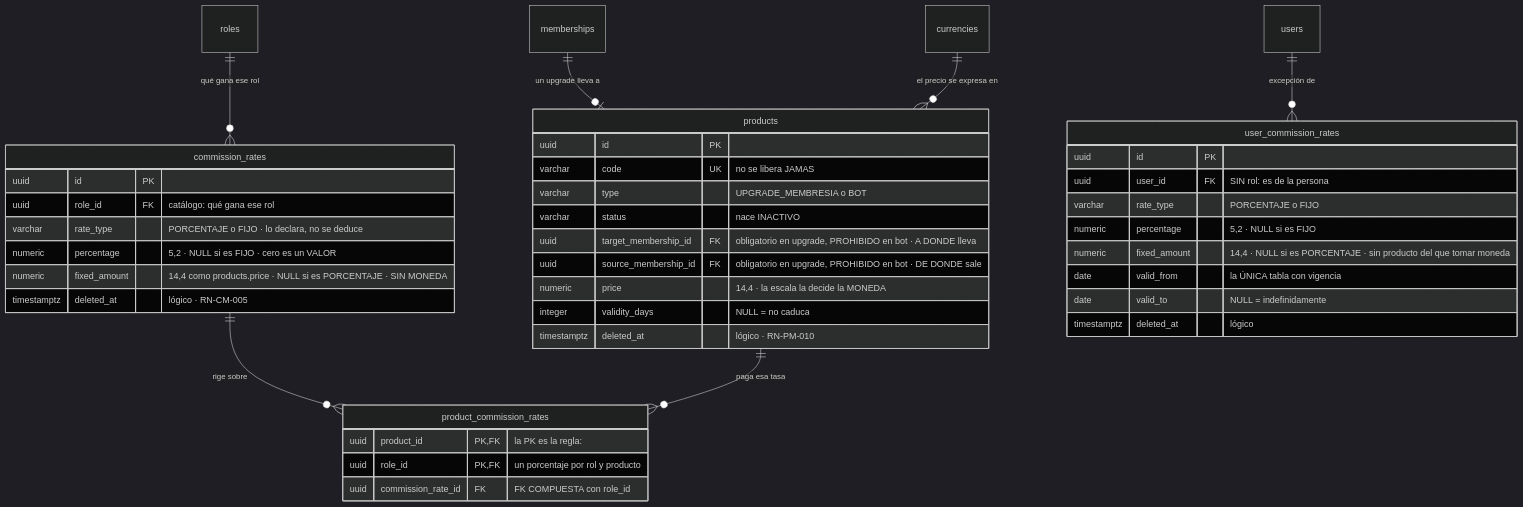
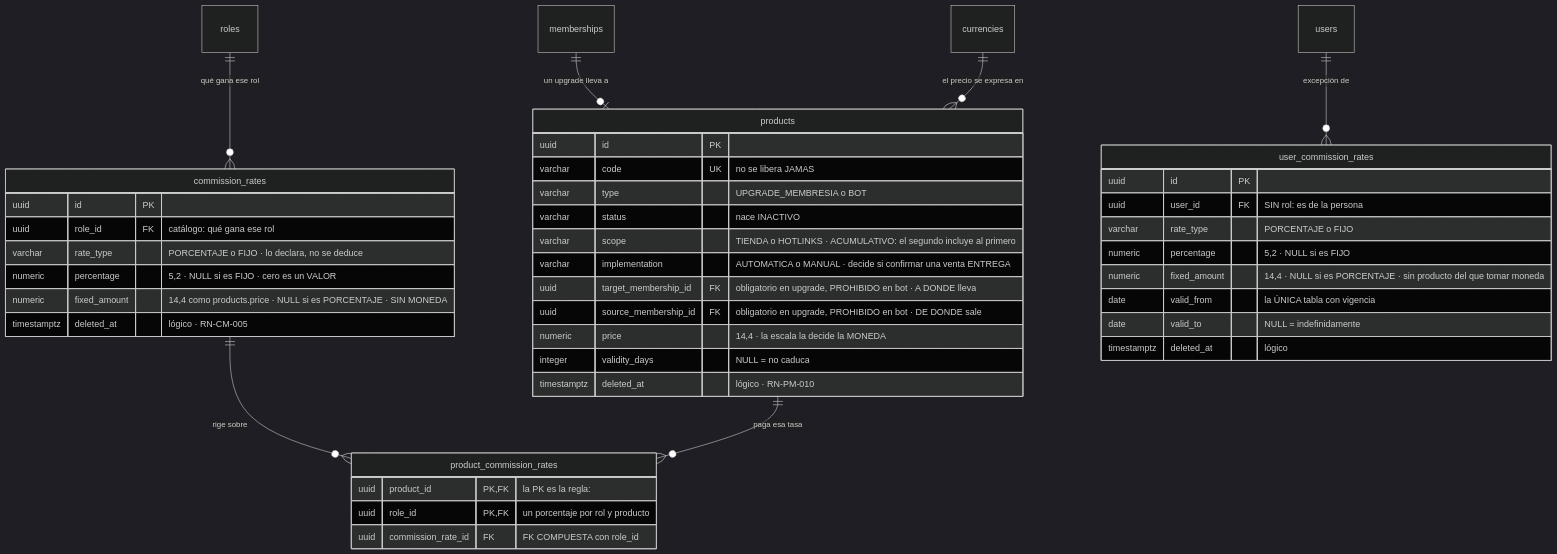
Before and after one commit to NexusPro-Dev/backend: the fourth of 5 diagrams in docs/modelo-datos.md, drawn with Mermaid (dark theme). The commit also changed other lines of this file and 57 other files, not shown here.

````diff
--- a/docs/modelo-datos.md
+++ b/docs/modelo-datos.md
@@ -353,48 +353,50 @@
 ```mermaid
 erDiagram
     memberships ||--o| products : "un upgrade lleva a"
     currencies  ||--o{ products : "el precio se expresa en"
 
     roles    ||--o{ commission_rates : "qué gana ese rol"
     commission_rates ||--o{ product_commission_rates : "rige sobre"
     products ||--o{ product_commission_rates : "paga esa tasa"
     users    ||--o{ user_commission_rates : "excepción de"
 
     products {
         uuid id PK
         varchar code UK "no se libera JAMAS"
         varchar type "UPGRADE_MEMBRESIA o BOT"
         varchar status "nace INACTIVO"
+        varchar scope "TIENDA o HOTLINKS · ACUMULATIVO: el segundo incluye al primero"
+        varchar implementation "AUTOMATICA o MANUAL · decide si confirmar una venta ENTREGA"
         uuid target_membership_id FK "obligatorio en upgrade, PROHIBIDO en bot · A DONDE lleva"
         uuid source_membership_id FK "obligatorio en upgrade, PROHIBIDO en bot · DE DONDE sale"
         numeric price "14,4 · la escala la decide la MONEDA"
         integer validity_days "NULL = no caduca"
         timestamptz deleted_at "lógico · RN-PM-010"
     }
 
     commission_rates {
         uuid id PK
         uuid role_id FK "catálogo: qué gana ese rol"
         varchar rate_type "PORCENTAJE o FIJO · lo declara, no se deduce"
         numeric percentage "5,2 · NULL si es FIJO · cero es un VALOR"
         numeric fixed_amount "14,4 como products.price · NULL si es PORCENTAJE · SIN MONEDA"
         timestamptz deleted_at "lógico · RN-CM-005"
     }
 
     product_commission_rates {
         uuid product_id PK,FK "la PK es la regla:"
         uuid role_id PK,FK "un porcentaje por rol y producto"
         uuid commission_rate_id FK "FK COMPUESTA con role_id"
     }
 
     user_commission_rates {
         uuid id PK
         uuid user_id FK "SIN rol: es de la persona"
         varchar rate_type "PORCENTAJE o FIJO"
         numeric percentage "5,2 · NULL si es FIJO"
         numeric fixed_amount "14,4 · NULL si es PORCENTAJE · sin producto del que tomar moneda"
         date valid_from "la ÚNICA tabla con vigencia"
         date valid_to "NULL = indefinidamente"
         timestamptz deleted_at "lógico"
     }
 ```
````
